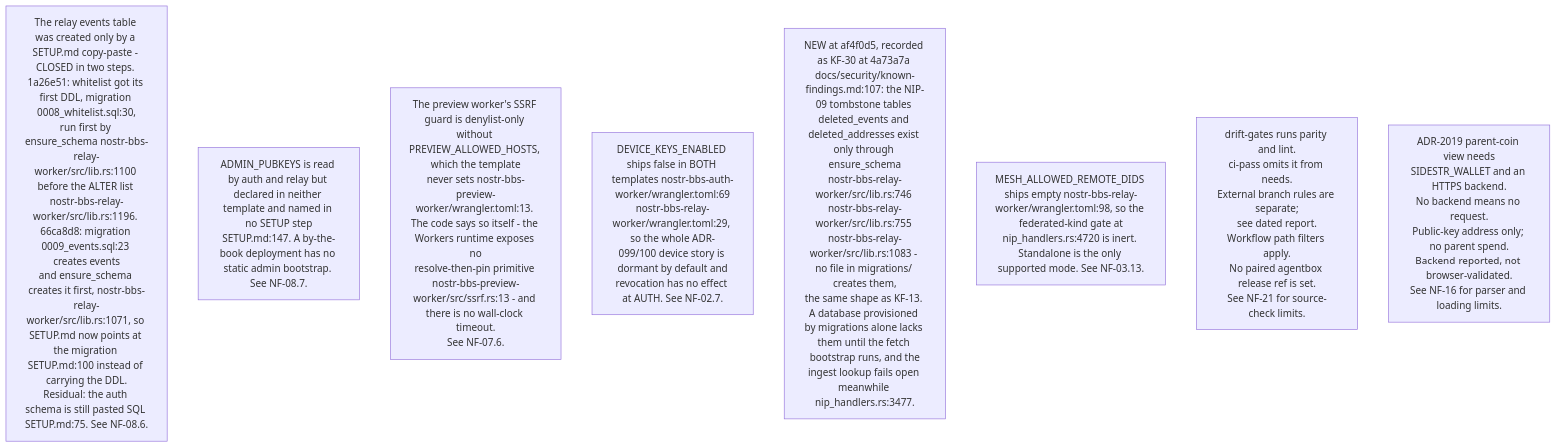
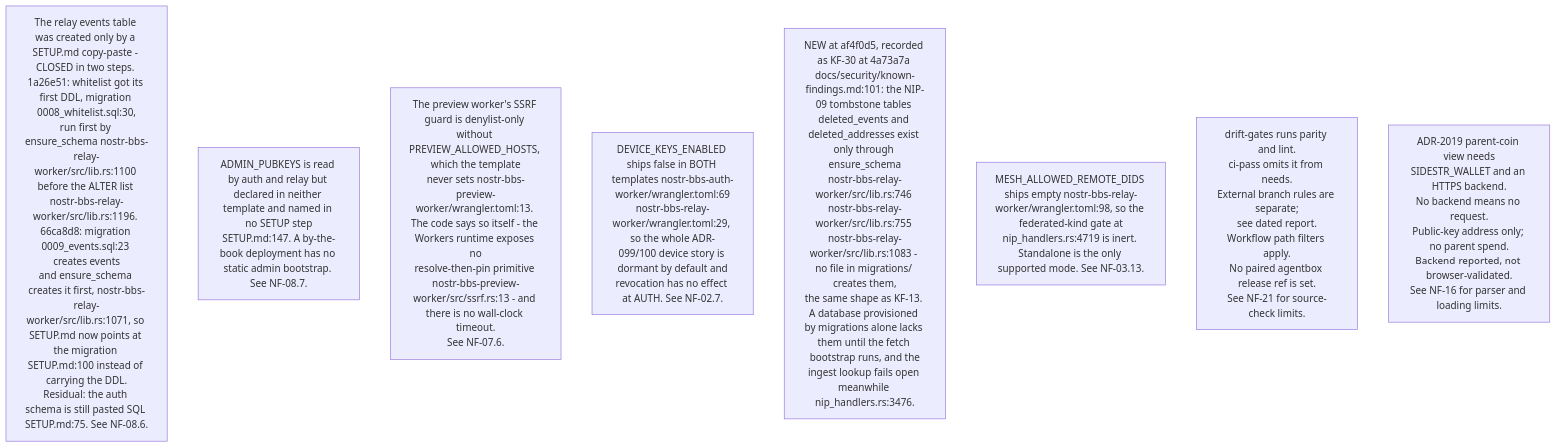
Before and after one commit to DreamLab-AI/VisionFlow: the sixth of 15 diagrams in docs/diagrams/nostr-rust-forum/10-invariants-and-anomaly-register.md, drawn with Mermaid. The commit also changed other lines of this file and 3 other files, not shown here.

First line of the commit message:
docs(diagrams): hold NF-10 at 4a73a7a (NF-10.6 DD9 on the ratchet no longer holds)

````diff
--- a/docs/diagrams/nostr-rust-forum/10-invariants-and-anomaly-register.md
+++ b/docs/diagrams/nostr-rust-forum/10-invariants-and-anomaly-register.md
@@ -205,20 +205,20 @@
 ```mermaid
 flowchart TB
     S1["The relay events table was created only by a SETUP.md copy-paste - CLOSED in two steps. 1a26e51: whitelist got its first DDL, migration 0008_whitelist.sql:30,<br/>run first by ensure_schema nostr-bbs-relay-worker/src/lib.rs:1100 before the ALTER list nostr-bbs-relay-worker/src/lib.rs:1196. 66ca8d8: migration 0009_events.sql:23 creates events<br/>and ensure_schema creates it first, nostr-bbs-relay-worker/src/lib.rs:1071, so SETUP.md now points at the migration SETUP.md:100 instead of carrying the DDL.<br/>Residual: the auth schema is still pasted SQL SETUP.md:75. See NF-08.6."]
     S2["ADMIN_PUBKEYS is read by auth and relay but declared in neither template and named in no SETUP step<br/>SETUP.md:147. A by-the-book deployment has no static admin bootstrap. See NF-08.7."]
     S3["The preview worker's SSRF guard is denylist-only without PREVIEW_ALLOWED_HOSTS, which the template<br/>never sets nostr-bbs-preview-worker/wrangler.toml:13. The code says so itself - the Workers runtime exposes no<br/>resolve-then-pin primitive nostr-bbs-preview-worker/src/ssrf.rs:13 - and there is no wall-clock timeout.<br/>See NF-07.6."]
     S4["DEVICE_KEYS_ENABLED ships false in BOTH templates nostr-bbs-auth-worker/wrangler.toml:69<br/>nostr-bbs-relay-worker/wrangler.toml:29, so the whole ADR-099/100 device story is dormant by default and<br/>revocation has no effect at AUTH. See NF-02.7."]
-    S8["NEW at af4f0d5, recorded as KF-30 at 4a73a7a docs/security/known-findings.md:107: the NIP-09 tombstone tables deleted_events and deleted_addresses exist only through ensure_schema<br/>nostr-bbs-relay-worker/src/lib.rs:746 nostr-bbs-relay-worker/src/lib.rs:755 nostr-bbs-relay-worker/src/lib.rs:1083 - no file in migrations/ creates them,<br/>the same shape as KF-13. A database provisioned by migrations alone lacks them until the fetch bootstrap runs, and the<br/>ingest lookup fails open meanwhile nip_handlers.rs:3477."]
-    S5["MESH_ALLOWED_REMOTE_DIDS ships empty nostr-bbs-relay-worker/wrangler.toml:98, so the federated-kind gate at<br/>nip_handlers.rs:4720 is inert. Standalone is the only supported mode. See NF-03.13."]
+    S8["NEW at af4f0d5, recorded as KF-30 at 4a73a7a docs/security/known-findings.md:101: the NIP-09 tombstone tables deleted_events and deleted_addresses exist only through ensure_schema<br/>nostr-bbs-relay-worker/src/lib.rs:746 nostr-bbs-relay-worker/src/lib.rs:755 nostr-bbs-relay-worker/src/lib.rs:1083 - no file in migrations/ creates them,<br/>the same shape as KF-13. A database provisioned by migrations alone lacks them until the fetch bootstrap runs, and the<br/>ingest lookup fails open meanwhile nip_handlers.rs:3476."]
+    S5["MESH_ALLOWED_REMOTE_DIDS ships empty nostr-bbs-relay-worker/wrangler.toml:98, so the federated-kind gate at<br/>nip_handlers.rs:4719 is inert. Standalone is the only supported mode. See NF-03.13."]
     %% Source: ../nostr-rust-forum/.github/workflows/ci.yml:293
     %% Source: ../nostr-rust-forum/.github/workflows/ci.yml:296
     %% Source: ../nostr-rust-forum/.github/workflows/ci.yml:306
     %% Source: ../nostr-rust-forum/.github/workflows/ci.yml:20
     %% Source: ../nostr-rust-forum/.github/workflows/ci.yml:283
     S6["drift-gates runs parity and lint.<br/>ci-pass omits it from needs.<br/>External branch rules are separate;<br/>see dated report.<br/>Workflow path filters apply.<br/>No paired agentbox release ref is set.<br/>See NF-21 for source-check limits."]
     %% Source: ../nostr-rust-forum/crates/nostr-bbs-forum-client/src/wallet/mod.rs:268
     %% Source: ../nostr-rust-forum/crates/nostr-bbs-forum-client/src/wallet/parent.rs:50
     %% Source: ../nostr-rust-forum/crates/nostr-bbs-forum-client/src/wallet/parent.rs:56
     %% Source: ../nostr-rust-forum/crates/nostr-bbs-forum-client/src/wallet/parent.rs:63
     S7["ADR-2019 parent-coin view needs<br/>SIDESTR_WALLET and an HTTPS backend.<br/>No backend means no request.<br/>Public-key address only; no parent spend.<br/>Backend-reported, not browser-validated.<br/>See NF-16 for parser and loading limits."]
 ```
````
